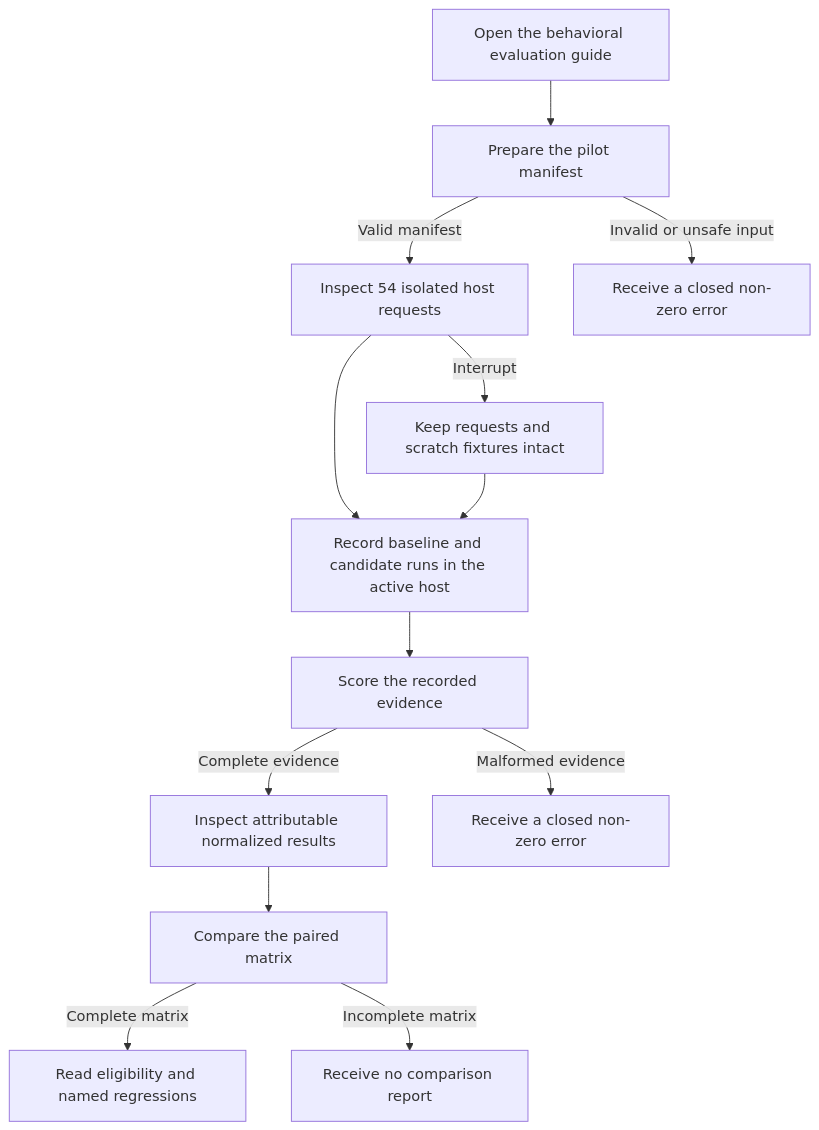
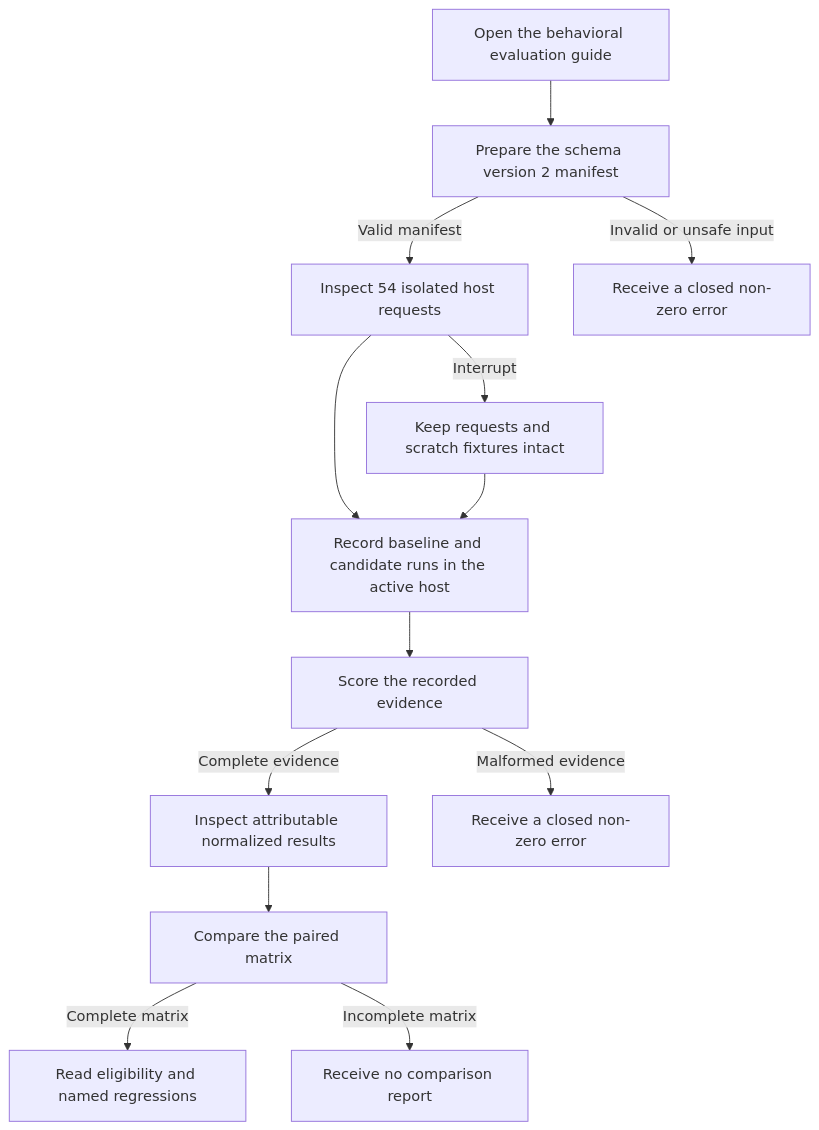
The diagram in docs/qa/journeys/J-01-behavioral-evaluation-pilot.md (ortisan/solomon-harness), drawn with Mermaid before and after one commit. The commit also changed other lines of this file and 6 other files, not shown here.

First line of the commit message:
docs(evals): record schema v2 operator evidence

````diff
--- a/docs/qa/journeys/J-01-behavioral-evaluation-pilot.md
+++ b/docs/qa/journeys/J-01-behavioral-evaluation-pilot.md
@@ -7,15 +7,15 @@
 ```mermaid
 flowchart TD
-    A[Open the behavioral evaluation guide] --> B[Prepare the pilot manifest]
+    A[Open the behavioral evaluation guide] --> B[Prepare the schema version 2 manifest]
     B -->|Valid manifest| C[Inspect 54 isolated host requests]
     B -->|Invalid or unsafe input| X[Receive a closed non-zero error]
     C --> D[Record baseline and candidate runs in the active host]
     D --> E[Score the recorded evidence]
     E -->|Complete evidence| F[Inspect attributable normalized results]
     E -->|Malformed evidence| Y[Receive a closed non-zero error]
     F --> G[Compare the paired matrix]
     G -->|Complete matrix| H[Read eligibility and named regressions]
     G -->|Incomplete matrix| Z[Receive no comparison report]
     C -->|Interrupt| R[Keep requests and scratch fixtures intact]
     R --> D
 ```
````
